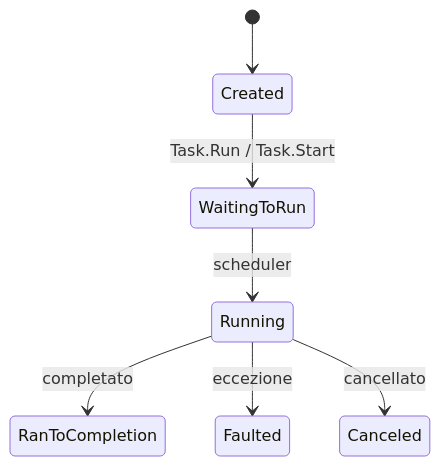
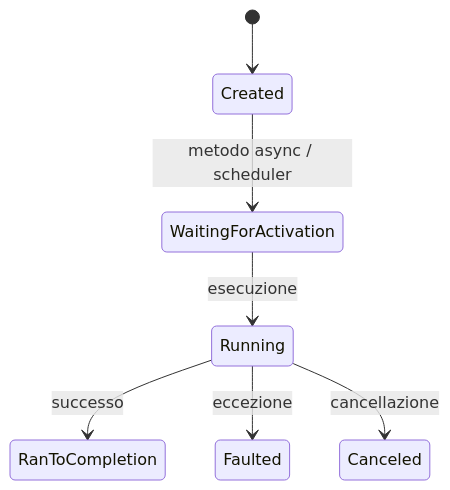
The second of 5 diagrams in src/content/informatica/csharp/async-await.mdx (DennisTurco/AppuntiFacili), drawn with Mermaid before and after one commit. The commit also changed other lines of this file and 10 other files, not shown here.

````diff
--- a/src/content/informatica/csharp/async-await.mdx
+++ b/src/content/informatica/csharp/async-await.mdx
@@ -53,9 +89,9 @@
 ```mermaid
 stateDiagram-v2
     [*] --> Created
-    Created --> WaitingToRun : Task.Run / Task.Start
-    WaitingToRun --> Running : scheduler
-    Running --> RanToCompletion : completato
+    Created --> WaitingForActivation : metodo async / scheduler
+    WaitingForActivation --> Running : esecuzione
+    Running --> RanToCompletion : successo
     Running --> Faulted : eccezione
-    Running --> Canceled : cancellato
+    Running --> Canceled : cancellazione
 ```
````
